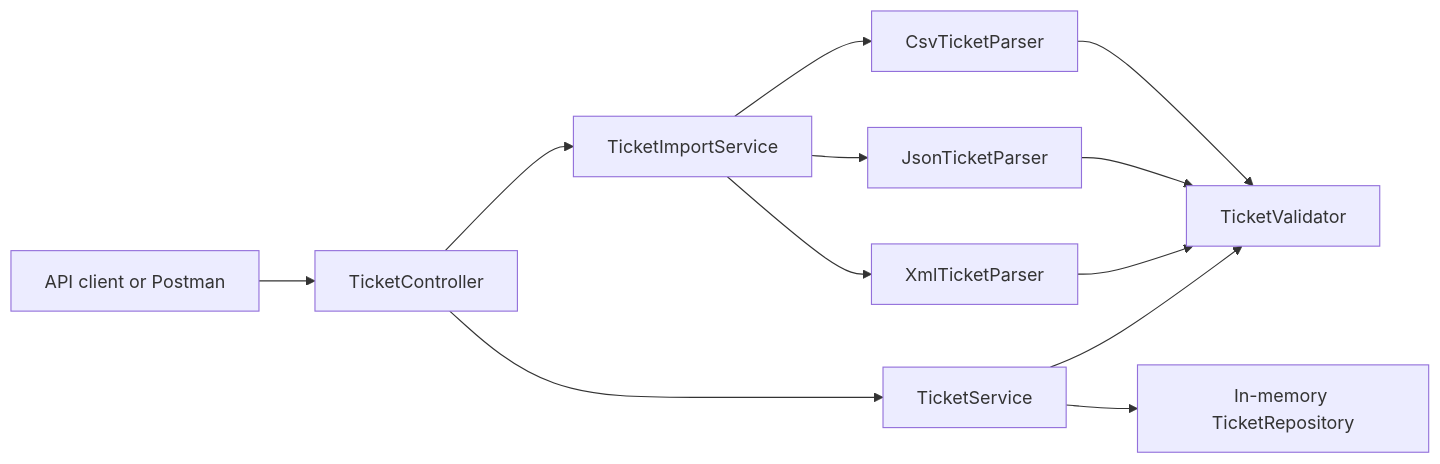
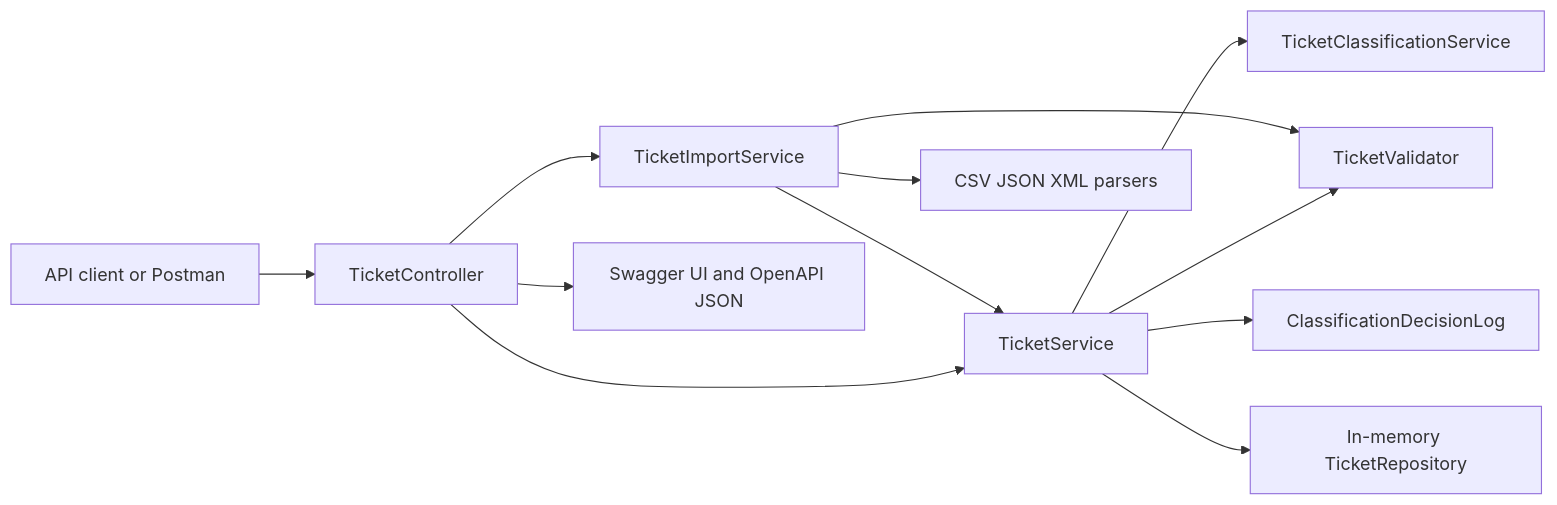
The diagram in homework-2/README.md (itxyzzz/gen-ai-se-hw), drawn with Mermaid before and after one commit. The commit also changed other lines of this file and 29 other files, not shown here.

````diff
--- a/homework-2/README.md
+++ b/homework-2/README.md
@@ -23,14 +26,14 @@
 ```mermaid
 flowchart LR
     Client[API client or Postman] --> Controller[TicketController]
     Controller --> Service[TicketService]
     Controller --> ImportService[TicketImportService]
-    ImportService --> Csv[CsvTicketParser]
-    ImportService --> Json[JsonTicketParser]
-    ImportService --> Xml[XmlTicketParser]
-    Csv --> Validator[TicketValidator]
-    Json --> Validator
-    Xml --> Validator
-    Service --> Validator
+    Controller --> Swagger[Swagger UI and OpenAPI JSON]
+    Service --> Validator[TicketValidator]
+    Service --> Classifier[TicketClassificationService]
+    Service --> DecisionLog[ClassificationDecisionLog]
     Service --> Repo[In-memory TicketRepository]
+    ImportService --> Parser[CSV JSON XML parsers]
+    ImportService --> Validator
+    ImportService --> Service
 ```
````
